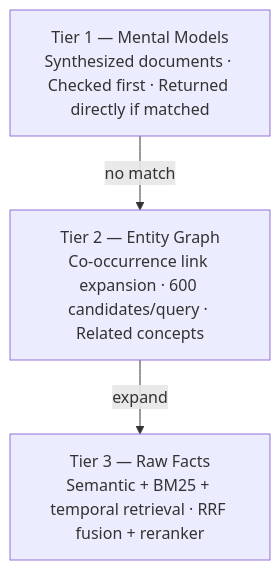
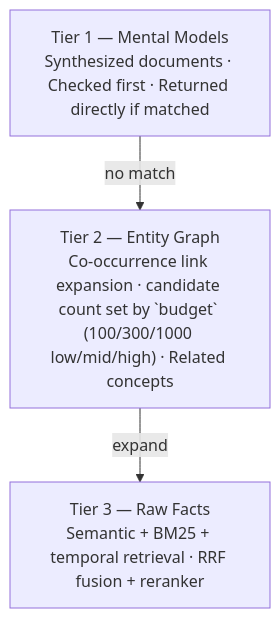
Before and after one commit to jordigilh/engram: the fourth of 4 diagrams in docs/README.md, drawn with Mermaid. The commit also changed other lines of this file and 1 other file, not shown here.

Commit message:
docs: resolve spike-first tier — #6 (graph expansion tuning: not exposed) and #8 (LOCOMO: feasible but low-value), file #10
- #6: confirmed via live OpenAPI schema, live bank config, and vectorize-io/
  hindsight source (_CONFIGURABLE_FIELDS allowlist) that no hop-count/decay/
  entity-hop parameter exists at any level (per-query or per-bank); default
  link_expansion retriever is single-hop by design. Closed, upstream feature
  request pending.
- #8: LOCOMO is mechanically feasible to harness but would score bare
  Hindsight recall on persona dialogue, exercising none of this repo's own
  correction/contradiction/mental-model pipeline. Decided against adopting
  it; filed #10 for a small internal ground-truth analog benchmark instead.
  Closed.
- docs/README.md: corrected stale '600 candidates/query' Tier-2 figure to
  match the live budget-to-candidate mapping (100/300/1000), and noted
  link_expansion's single-hop architecture.

````diff
--- a/docs/README.md
+++ b/docs/README.md
@@ -243,8 +243,8 @@
 ```mermaid
 flowchart TB
     T1["Tier 1 — Mental Models\nSynthesized documents · Checked first · Returned directly if matched"]
-    T2["Tier 2 — Entity Graph\nCo-occurrence link expansion · 600 candidates/query · Related concepts"]
+    T2["Tier 2 — Entity Graph\nCo-occurrence link expansion · candidate count set by `budget` (100/300/1000 low/mid/high) · Related concepts"]
     T3["Tier 3 — Raw Facts\nSemantic + BM25 + temporal retrieval · RRF fusion + reranker"]
 
     T1 -->|"no match"| T2 -->|"expand"| T3
 ```
````
